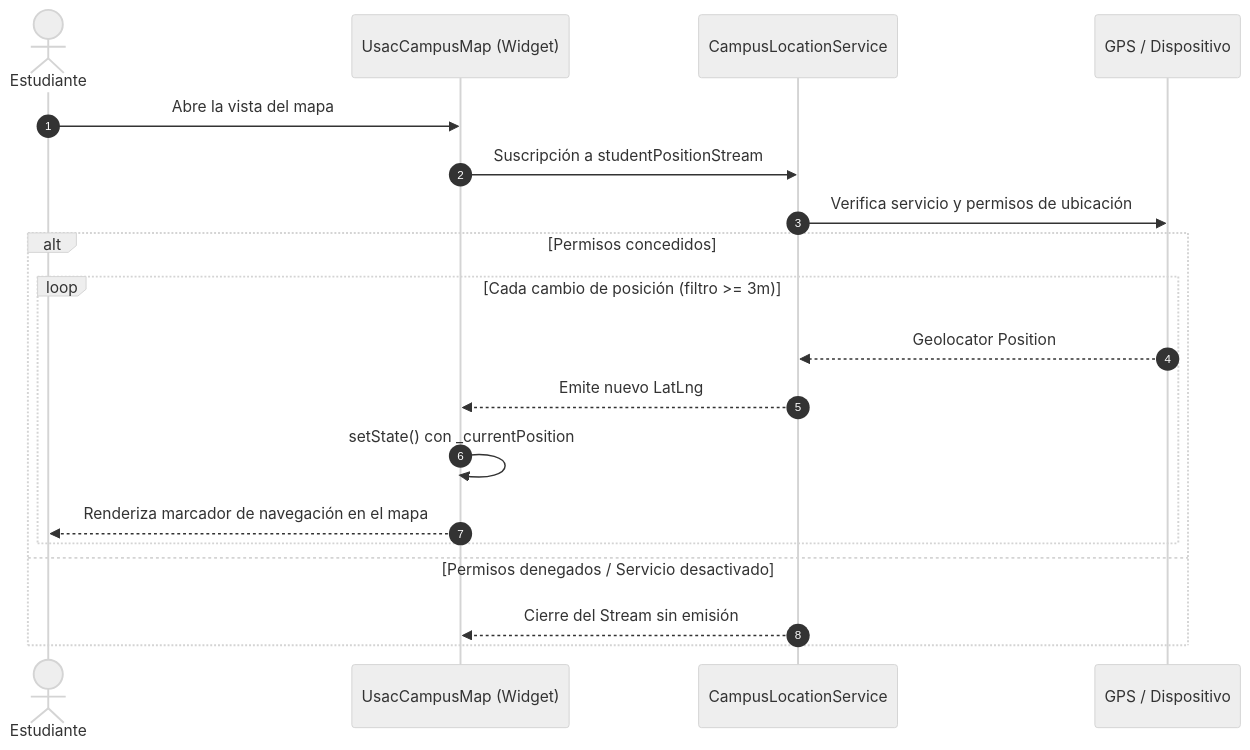
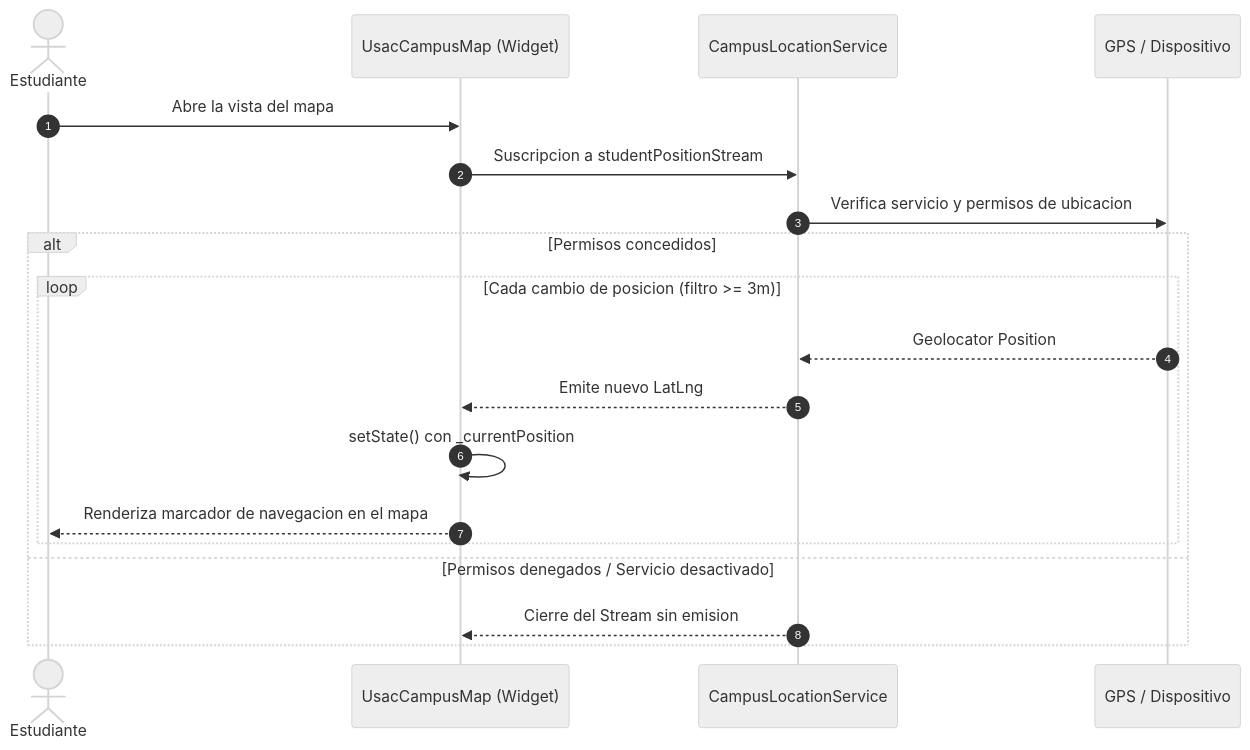
One commit to Trebol4Devop/usac_campus_map changed the third of 3 diagrams in README.md. Above: the diagram before and after it, drawn with Mermaid (neutral theme). The commit also changed other lines of this file and 131 other files, not shown here.

````diff
--- a/README.md
+++ b/README.md
@@ -78,22 +78,22 @@
 ```mermaid
 sequenceDiagram
     autonumber
     actor Estudiante
     participant UsacCampusMap as UsacCampusMap (Widget)
     participant LocationService as CampusLocationService
     participant Hardware as GPS / Dispositivo
 
     Estudiante->>UsacCampusMap: Abre la vista del mapa
-    UsacCampusMap->>LocationService: Suscripción a studentPositionStream
-    LocationService->>Hardware: Verifica servicio y permisos de ubicación
+    UsacCampusMap->>LocationService: Suscripcion a studentPositionStream
+    LocationService->>Hardware: Verifica servicio y permisos de ubicacion
     alt Permisos concedidos
-        loop Cada cambio de posición (filtro >= 3m)
+        loop Cada cambio de posicion (filtro >= 3m)
             Hardware-->>LocationService: Geolocator Position
             LocationService-->>UsacCampusMap: Emite nuevo LatLng
             UsacCampusMap->>UsacCampusMap: setState() con _currentPosition
-            UsacCampusMap-->>Estudiante: Renderiza marcador de navegación en el mapa
+            UsacCampusMap-->>Estudiante: Renderiza marcador de navegacion en el mapa
         end
     else Permisos denegados / Servicio desactivado
-        LocationService-->>UsacCampusMap: Cierre del Stream sin emisión
+        LocationService-->>UsacCampusMap: Cierre del Stream sin emision
     end
 ```
````
